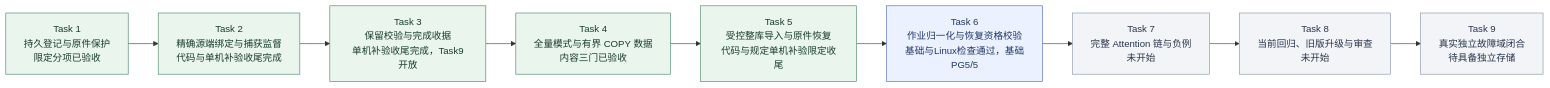
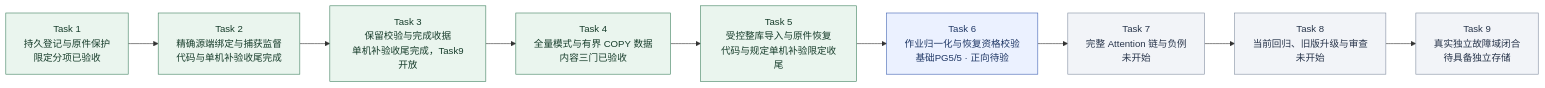
Before and after one commit to MansurnamedZhang/learning-system-p0c4: the second of 9 diagrams in docs/KnowWeave实施路线与系统架构.md, drawn with Mermaid. The commit also changed other lines of this file and 5 other files, not shown here.

Commit message:
docs: align current Task6 roadmap cards and recovery diagrams

````diff
--- a/docs/KnowWeave实施路线与系统架构.md
+++ b/docs/KnowWeave实施路线与系统架构.md
@@ -94,26 +94,26 @@
 ```mermaid
 flowchart LR
     C4T1["Task 1<br/>持久登记与原件保护<br/>限定分项已验收"]
     C4T2["Task 2<br/>精确源端绑定与捕获监督<br/>代码与单机补验收尾完成"]
     C4T3["Task 3<br/>保留校验与完成收据<br/>单机补验收尾完成，Task9开放"]
     C4T4["Task 4<br/>全量模式与有界 COPY 数据<br/>内容三门已验收"]
     C4T5["Task 5<br/>受控整库导入与原件恢复<br/>代码与规定单机补验限定收尾"]
-    C4T6["Task 6<br/>作业归一化与恢复资格校验<br/>基础与Linux检查通过，基础PG5/5"]
+    C4T6["Task 6<br/>作业归一化与恢复资格校验<br/>基础PG5/5 · 正向待验"]
     C4T7["Task 7<br/>完整 Attention 链与负例<br/>未开始"]
     C4T8["Task 8<br/>当前回归、旧版升级与审查<br/>未开始"]
     C4T9["Task 9<br/>真实独立故障域闭合<br/>待具备独立存储"]
     C4T1 --> C4T2
     C4T2 --> C4T3
     C4T3 --> C4T4
     C4T4 --> C4T5
     C4T5 --> C4T6
     C4T6 --> C4T7
     C4T7 --> C4T8
     C4T8 --> C4T9
     class C4T1,C4T2,C4T3,C4T4,C4T5 done
     class C4T6 next
     class C4T7,C4T8,C4T9 planned
     classDef done fill:#eaf5ee,stroke:#438363,color:#173d2b
     classDef next fill:#ebf1ff,stroke:#4365b4,color:#203866
     classDef planned fill:#f2f4f8,stroke:#8591a3,color:#28354b
 ```
````
